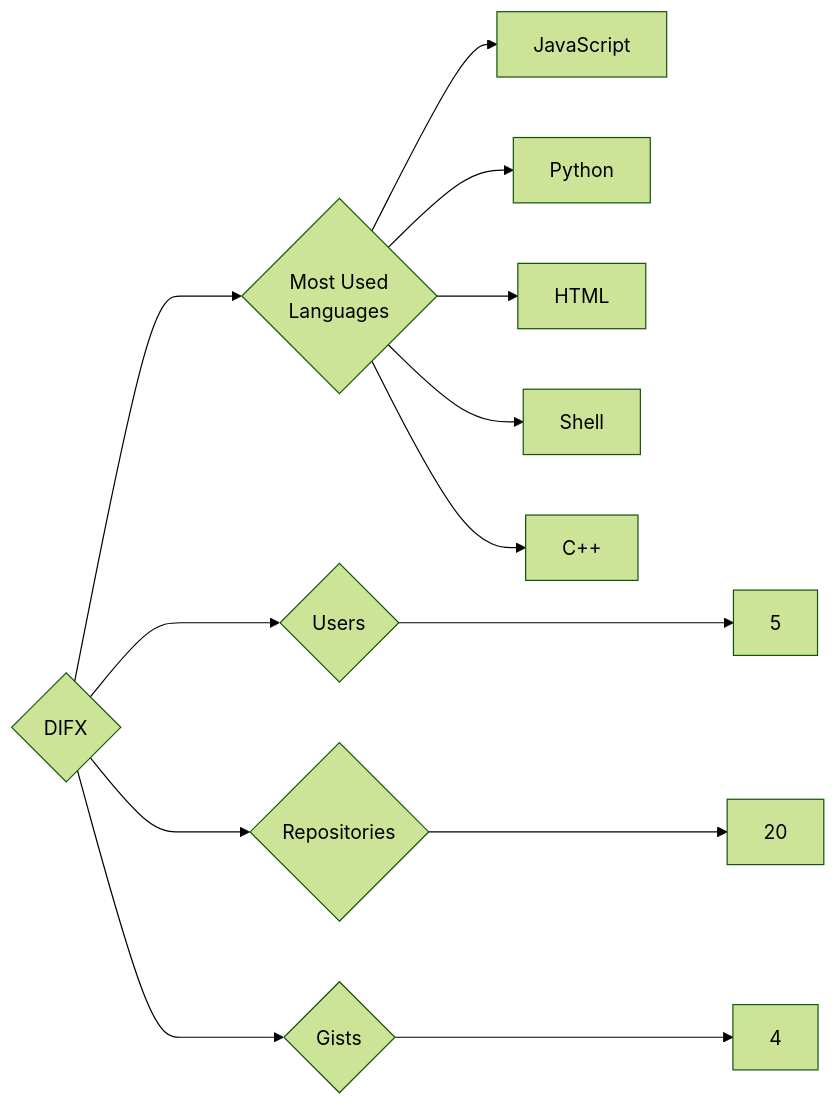
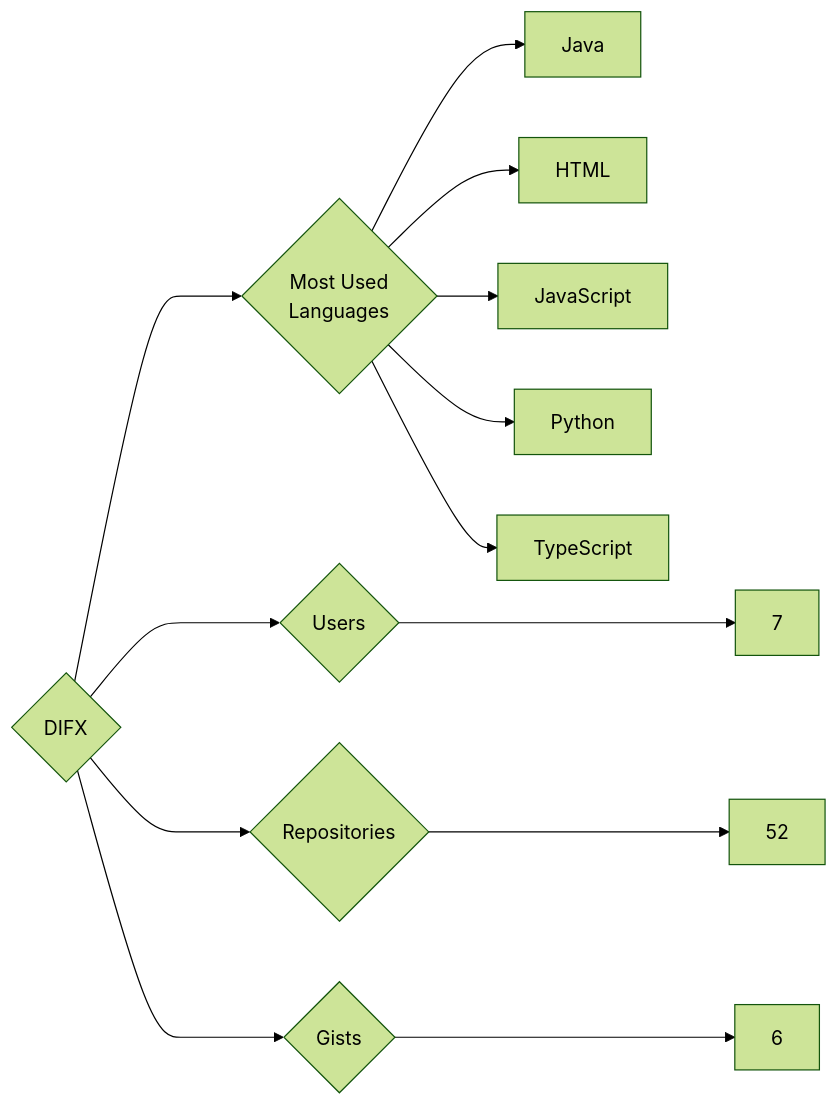
Before and after one commit to trickest/insiders: the diagram in targets/DIFX/README.md, drawn with Mermaid (forest theme). The commit also changed 873 other files, not shown here.

````diff
--- a/targets/DIFX/README.md
+++ b/targets/DIFX/README.md
@@ -3,13 +3,13 @@
 ```mermaid
 graph LR
 COMPANY_NAME{DIFX}
-COMPANY_NAME ---> U{Users} ---> UN[5]
-COMPANY_NAME ---> R{Repositories} ---> RN[20]
-COMPANY_NAME ---> G{Gists} ---> GN[4]
+COMPANY_NAME ---> U{Users} ---> UN[7]
+COMPANY_NAME ---> R{Repositories} ---> RN[52]
+COMPANY_NAME ---> G{Gists} ---> GN[6]
 COMPANY_NAME ---> ML{Most Used<br>Languages}
+ML --> Java[Java]
+ML --> HTML[HTML]
 ML --> JavaScript[JavaScript]
 ML --> Python[Python]
-ML --> HTML[HTML]
-ML --> Shell[Shell]
-ML --> C++[C++]
+ML --> TypeScript[TypeScript]
 ```
````
